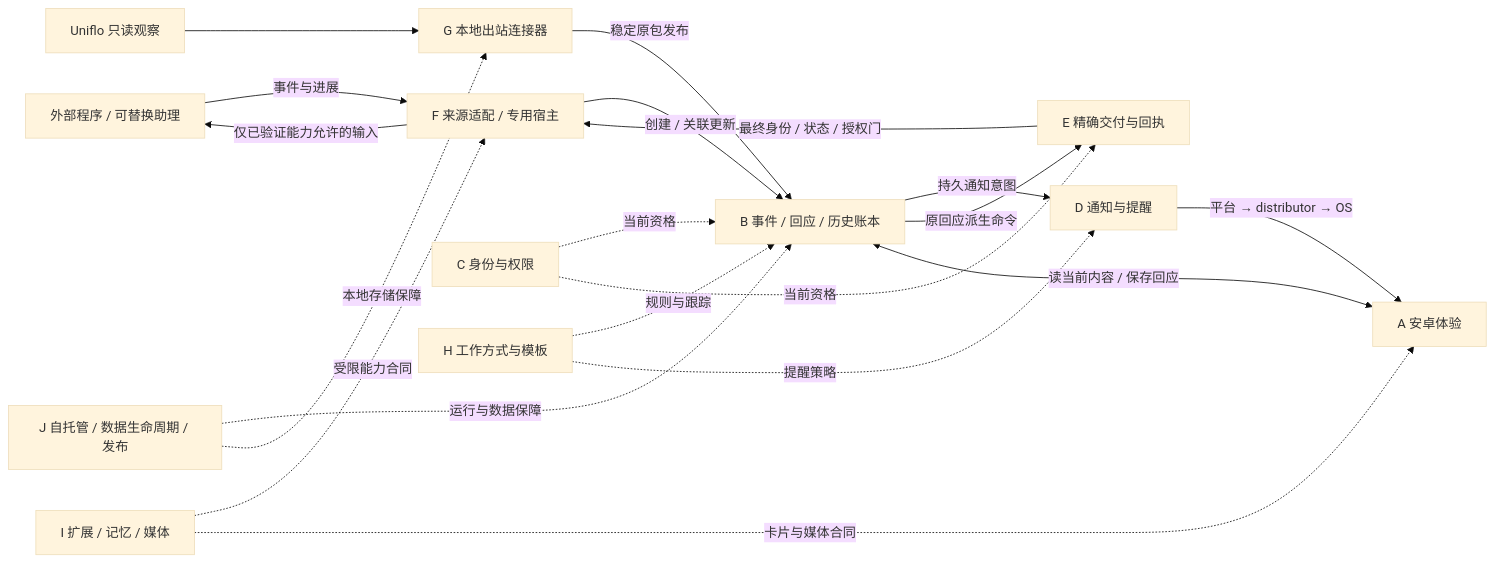
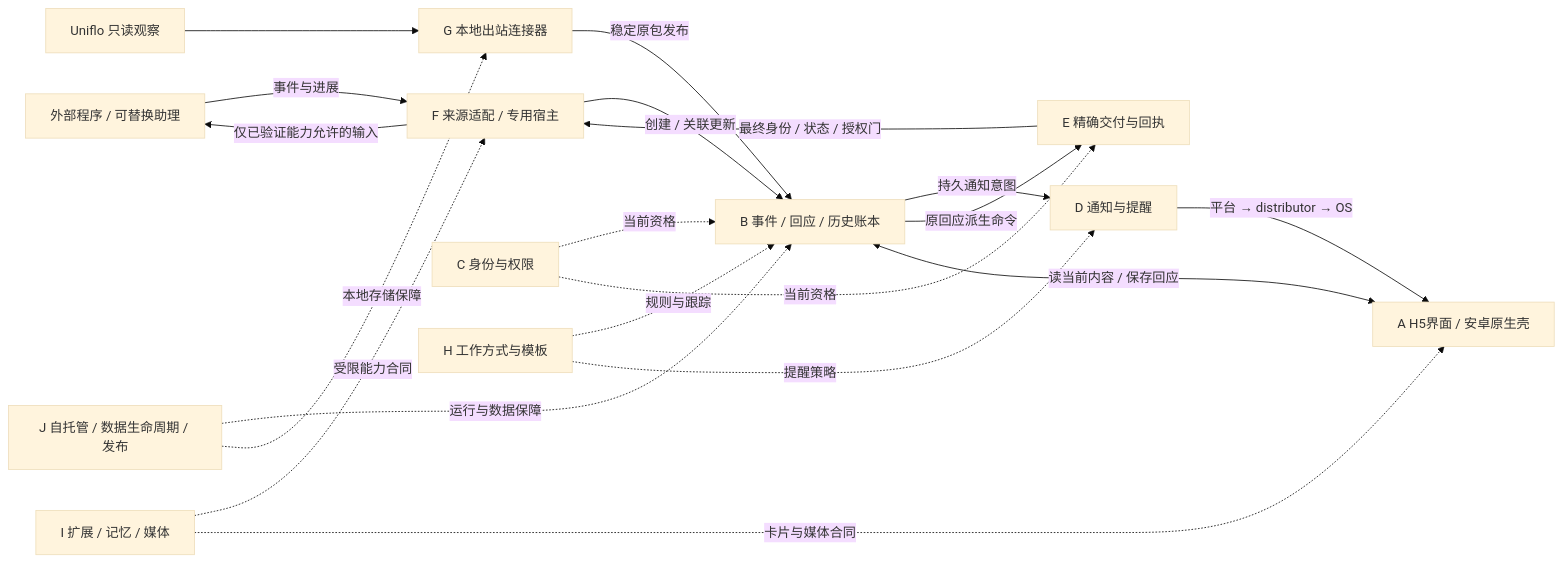
The diagram in docs/engineering-map.md (momokiana/notionapp), drawn with Mermaid (base theme) before and after one commit. The commit also changed other lines of this file and 11 other files, not shown here.

````diff
--- a/docs/engineering-map.md
+++ b/docs/engineering-map.md
@@ -71,21 +72,21 @@
 ```mermaid
 flowchart LR
     S["外部程序 / 可替换助理"] -->|事件与进展| F["F 来源适配 / 专用宿主"]
     U["Uniflo 只读观察"] --> G["G 本地出站连接器"]
     G -->|稳定原包发布| B["B 事件 / 回应 / 历史账本"]
     F -->|创建 / 关联更新| B
-    A["A 安卓体验"] <-->|读当前内容 / 保存回应| B
+    A["A H5界面 / 安卓原生壳"] <-->|读当前内容 / 保存回应| B
     B -->|持久通知意图| D["D 通知与提醒"]
     D -->|平台 → distributor → OS| A
     B -->|原回应派生命令| E["E 精确交付与回执"]
     E -->|最终身份 / 状态 / 授权门| F
     F -->|仅已验证能力允许的输入| S
     C["C 身份与权限"] -. 当前资格 .-> B
     C -. 当前资格 .-> E
     H["H 工作方式与模板"] -. 规则与跟踪 .-> B
     H -. 提醒策略 .-> D
     I["I 扩展 / 记忆 / 媒体"] -. 受限能力合同 .-> F
     I -. 卡片与媒体合同 .-> A
     J["J 自托管 / 数据生命周期 / 发布"] -. 运行与数据保障 .-> B
     J -. 本地存储保障 .-> G
 ```
````
